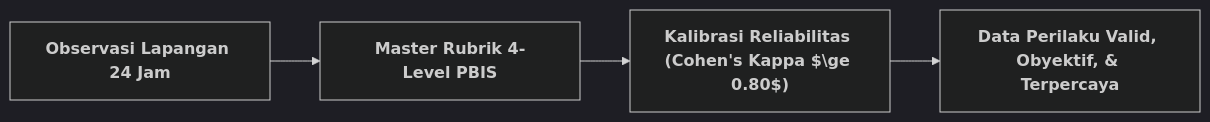
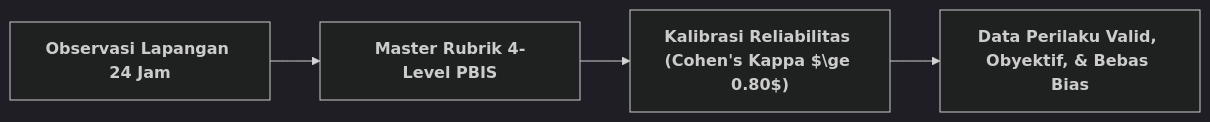
The first of 2 diagrams in BOOK Series 2/Volume-03-Sistem-Asesmen-Perkembangan-Karakter/Bab-04-Student-Led-Conference-dan-Rapor-Naratif/03-Validasi-Psikometrik-dan-Jembatan-Volume-04.md (wandiapriliyandi/tumbuh), drawn with Mermaid (dark theme) before and after one commit. The commit also changed other lines of this file and 61 other files, not shown here.

````diff
--- a/BOOK Series 2/Volume-03-Sistem-Asesmen-Perkembangan-Karakter/Bab-04-Student-Led-Conference-dan-Rapor-Naratif/03-Validasi-Psikometrik-dan-Jembatan-Volume-04.md
+++ b/BOOK Series 2/Volume-03-Sistem-Asesmen-Perkembangan-Karakter/Bab-04-Student-Led-Conference-dan-Rapor-Naratif/03-Validasi-Psikometrik-dan-Jembatan-Volume-04.md
@@ -13,6 +14,6 @@
 ```mermaid
 flowchart LR
     Obs["<b>Observasi Lapangan 24 Jam</b>"] --> Rubrik["<b>Master Rubrik 4-Level PBIS</b>"]
     Rubrik --> Uji["<b>Kalibrasi Reliabilitas (Cohen's Kappa $\ge 0.80$)</b>"]
-    Uji --> Valid["<b>Data Perilaku Valid, Obyektif, & Terpercaya</b>"]
+    Uji --> Valid["<b>Data Perilaku Valid, Obyektif, & Bebas Bias</b>"]
 ```
````
